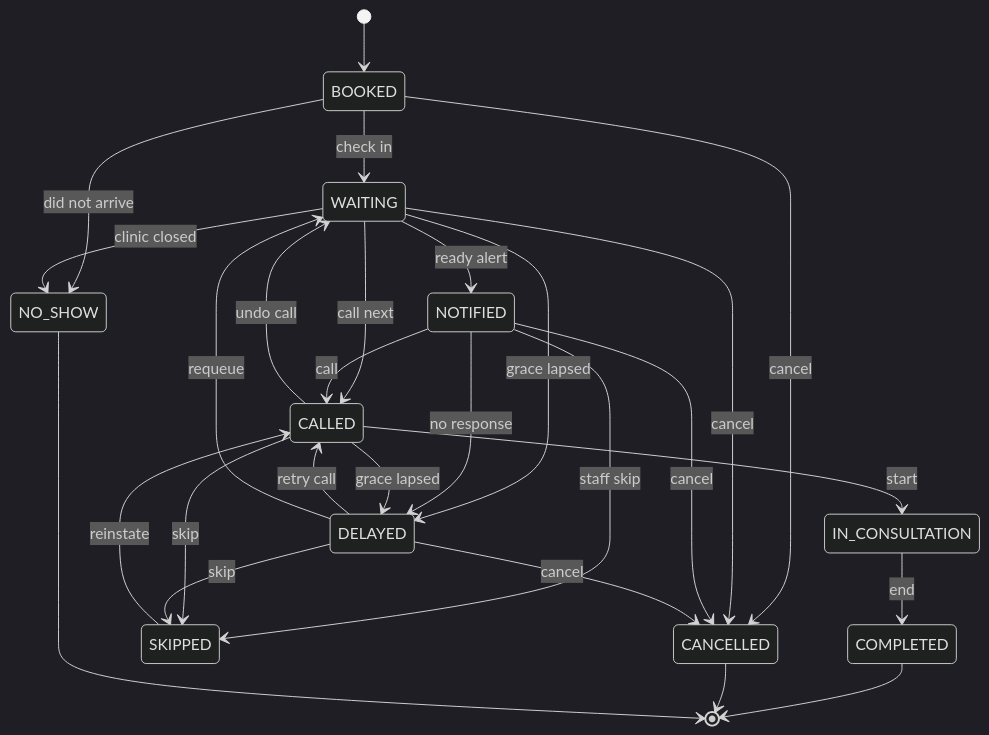
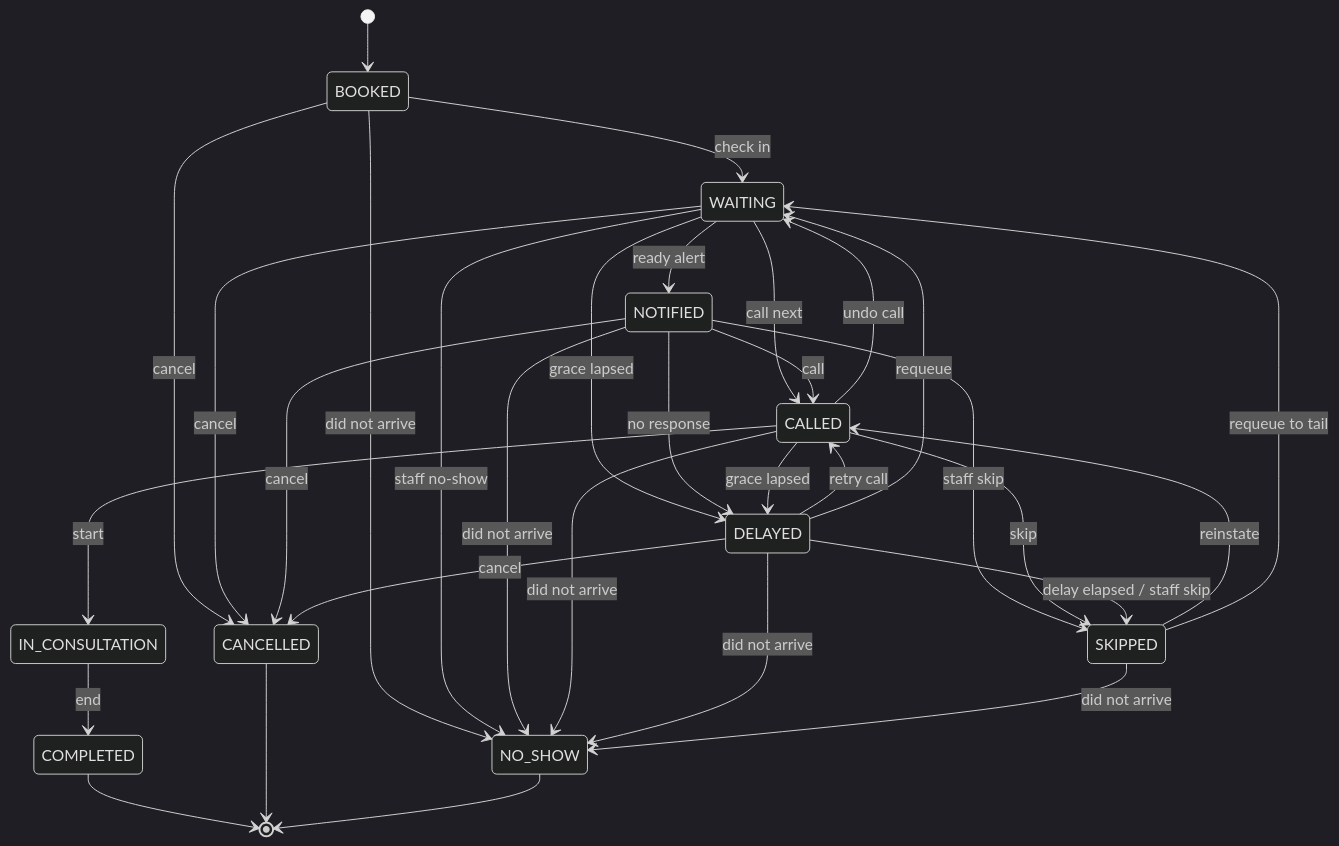
The diagram in docs/state-machine.md (ASP-31/Waitless), drawn with Mermaid (dark theme) before and after one commit. The commit also changed other lines of this file and 110 other files, not shown here.

````diff
--- a/docs/state-machine.md
+++ b/docs/state-machine.md
@@ -31,35 +33,41 @@
 ```mermaid
 stateDiagram-v2
   [*] --> BOOKED
   BOOKED --> WAITING : check in
   BOOKED --> CANCELLED : cancel
   BOOKED --> NO_SHOW : did not arrive
 
   WAITING --> NOTIFIED : ready alert
   WAITING --> CALLED : call next
   WAITING --> DELAYED : grace lapsed
   WAITING --> CANCELLED : cancel
-  WAITING --> NO_SHOW : clinic closed
+  WAITING --> NO_SHOW : staff no-show
 
   NOTIFIED --> CALLED : call
   NOTIFIED --> DELAYED : no response
   NOTIFIED --> SKIPPED : staff skip
   NOTIFIED --> CANCELLED : cancel
+  NOTIFIED --> NO_SHOW : did not arrive
 
   CALLED --> IN_CONSULTATION : start
   CALLED --> DELAYED : grace lapsed
   CALLED --> SKIPPED : skip
   CALLED --> WAITING : undo call
+  CALLED --> NO_SHOW : did not arrive
 
   DELAYED --> CALLED : retry call
   DELAYED --> WAITING : requeue
-  DELAYED --> SKIPPED : skip
+  DELAYED --> SKIPPED : delay elapsed / staff skip
   DELAYED --> CANCELLED : cancel
+  DELAYED --> NO_SHOW : did not arrive
 
   IN_CONSULTATION --> COMPLETED : end
+
   SKIPPED --> CALLED : reinstate
+  SKIPPED --> WAITING : requeue to tail
+  SKIPPED --> NO_SHOW : did not arrive
 
   COMPLETED --> [*]
   CANCELLED --> [*]
   NO_SHOW --> [*]
 ```
````
